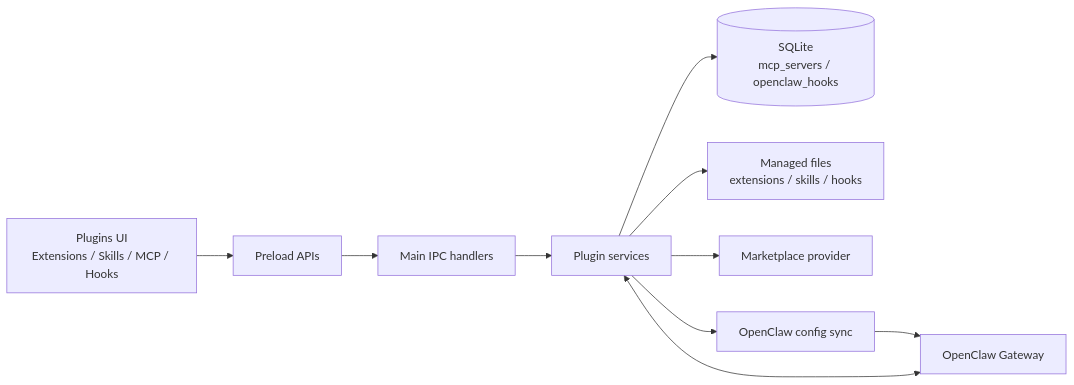
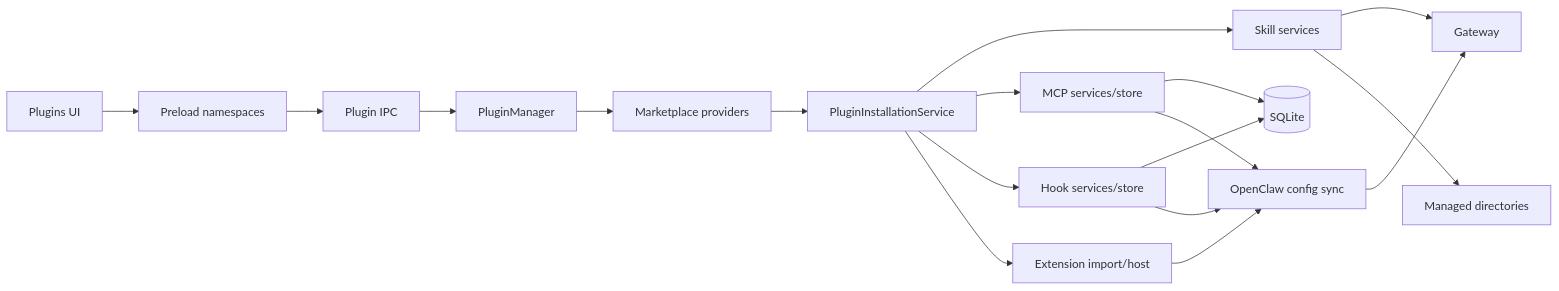
The first of 2 diagrams in docs/architecture/07-plugin-system.md (liangxhao/JustDo), drawn with Mermaid before and after one commit. The commit also changed other lines of this file and 29 other files, not shown here.

````diff
--- a/docs/architecture/07-plugin-system.md
+++ b/docs/architecture/07-plugin-system.md
@@ -19,19 +19,32 @@
 ```mermaid
 flowchart LR
-  UI["Plugins UI\nExtensions / Skills / MCP / Hooks"]
-  Preload["Preload APIs"]
-  IPC["Main IPC handlers"]
-  Services["Plugin services"]
-  DB[("SQLite\nmcp_servers / openclaw_hooks")]
-  Files["Managed files\nextensions / skills / hooks"]
-  Market["Marketplace provider"]
-  Config["OpenClaw config sync"]
-  Gateway["OpenClaw Gateway"]
-
-  UI --> Preload --> IPC --> Services
-  Services --> DB
-  Services --> Files
-  Services --> Market
-  Services --> Config --> Gateway
-  Services <--> Gateway
+  UI[Plugins UI]
+  Preload[Preload namespaces]
+  IPC[Plugin IPC]
+  PM[PluginManager]
+  Market[Marketplace providers]
+  Install[PluginInstallationService]
+  Skill[Skill services]
+  MCP[MCP services/store]
+  Hook[Hook services/store]
+  Ext[Extension import/host]
+  Sync[OpenClaw config sync]
+  GW[Gateway]
+  FS[Managed directories]
+  DB[(SQLite)]
+  UI --> Preload --> IPC
+  IPC --> PM --> Market
+  Market --> Install
+  Install --> Skill
+  Install --> MCP
+  Install --> Hook
+  Install --> Ext
+  Skill --> GW
+  Skill --> FS
+  MCP --> DB
+  Hook --> DB
+  MCP --> Sync
+  Hook --> Sync
+  Ext --> Sync
+  Sync --> GW
 ```
````
